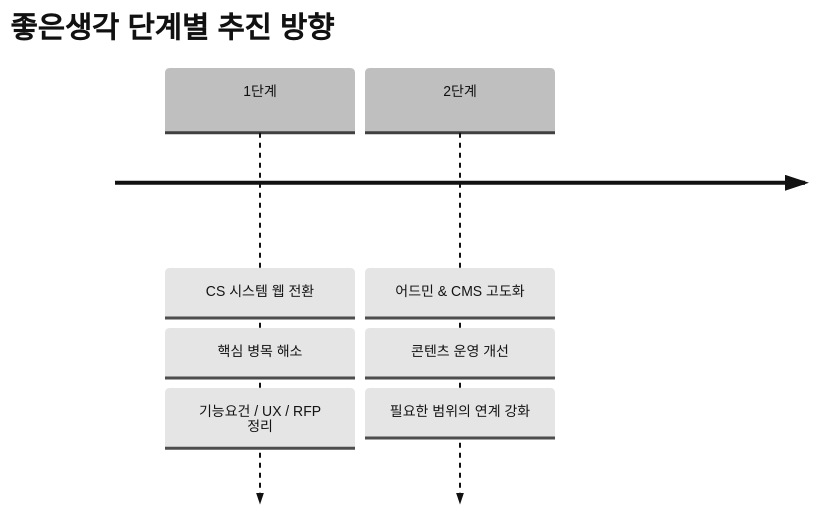
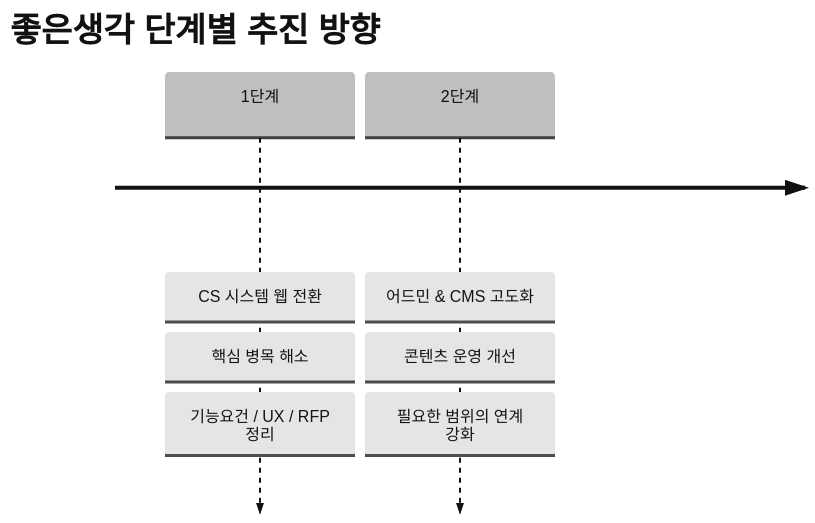
One commit to sknkwoxs/manual-book changed the diagram in src/content/docs/goodthinking-isp/00-clinet_document/diagrams/goodthinking-roadmap.mmd. Above: the diagram before and after it, drawn with Mermaid. The commit also changed 11 other files, not shown here.

```diff
--- a/src/content/docs/goodthinking-isp/00-clinet_document/diagrams/goodthinking-roadmap.mmd
+++ b/src/content/docs/goodthinking-isp/00-clinet_document/diagrams/goodthinking-roadmap.mmd
@@ -1,9 +1,9 @@
-%%{init: {'theme':'base','themeVariables': {'fontFamily':'Noto Sans KR, Pretendard, sans-serif','fontSize':'14px','primaryColor':'#FFFFFF','primaryTextColor':'#111111','primaryBorderColor':'#111111','lineColor':'#111111','tertiaryColor':'#FFFFFF'}}}%%
+%%{init: {'theme':'base','themeVariables': {'fontFamily':'Noto Sans KR, Pretendard, sans-serif','fontSize':'16px','primaryColor':'#FFFFFF','primaryTextColor':'#111111','primaryBorderColor':'#111111','lineColor':'#111111','tertiaryColor':'#FFFFFF'}}}%%
 timeline
     title 좋은생각 단계별 추진 방향
     1단계 : CS 시스템 웹 전환
           : 핵심 병목 해소
           : 기능요건 / UX / RFP 정리
     2단계 : 어드민 & CMS 고도화
           : 콘텐츠 운영 개선
           : 필요한 범위의 연계 강화
```
